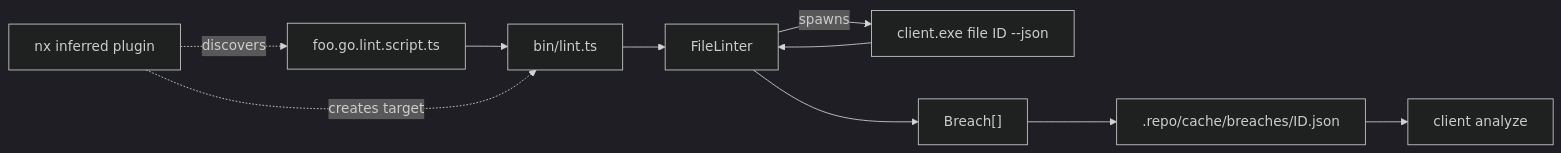
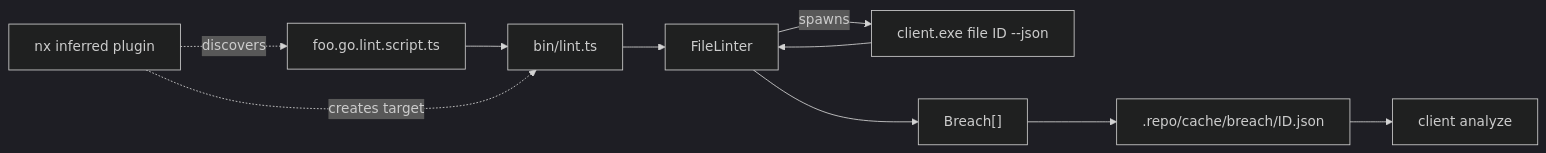
One commit to usalu/semio changed the diagram in .cursor/plans/lint_scripts_js_facade_f75134e8.plan.md. Above: the diagram before and after it, drawn with Mermaid (dark theme). The commit also changed other lines of this file and 3878 other files, not shown here.

````diff
--- a/.cursor/plans/lint_scripts_js_facade_f75134e8.plan.md
+++ b/.cursor/plans/lint_scripts_js_facade_f75134e8.plan.md
@@ -117,12 +117,12 @@
 ```mermaid
 flowchart LR
   scriptTs["foo.go.lint.script.ts"] --> runner["bin/lint.ts"]
   runner --> linterClass["FileLinter"]
   linterClass -->|spawns| cli["client.exe file ID --json"]
   cli --> linterClass
   linterClass --> breaches["Breach[]"]
-  breaches --> cache[".repo/cache/breaches/ID.json"]
+  breaches --> cache[".repo/cache/breach/ID.json"]
   cache --> analyzeCmd["client analyze"]
   nxPlugin["nx inferred plugin"] -.discovers.-> scriptTs
   nxPlugin -.creates target.-> runner
 ```
````
